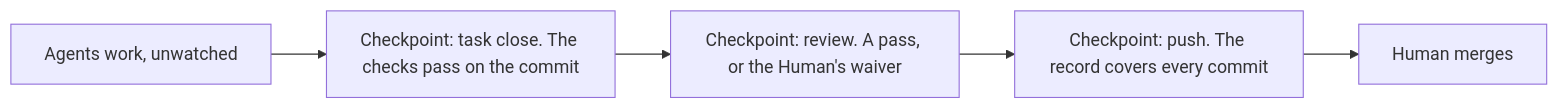
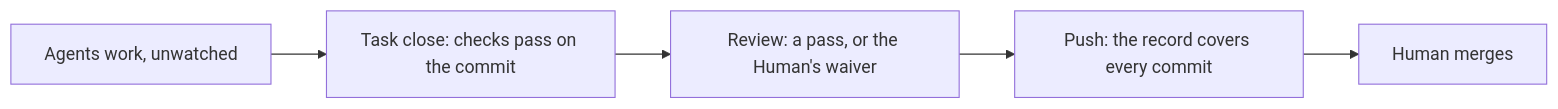
One commit to trustmybot/tmb changed the third of 3 diagrams in docs/architecture/PHILOSOPHY.md. Above: the diagram before and after it, drawn with Mermaid. The commit also changed other lines of this file, not shown here.

````diff
--- a/docs/architecture/PHILOSOPHY.md
+++ b/docs/architecture/PHILOSOPHY.md
@@ -78,7 +127,7 @@
 ```mermaid
 flowchart LR
-    W["Agents work, unwatched"] --> C1["Checkpoint: task close. The checks pass on the commit"]
-    C1 --> C2["Checkpoint: review. A pass, or the Human's waiver"]
-    C2 --> C3["Checkpoint: push. The record covers every commit"]
+    W["Agents work, unwatched"] --> C1["Task close: checks pass on the commit"]
+    C1 --> C2["Review: a pass, or the Human's waiver"]
+    C2 --> C3["Push: the record covers every commit"]
     C3 --> M["Human merges"]
 ```
````
